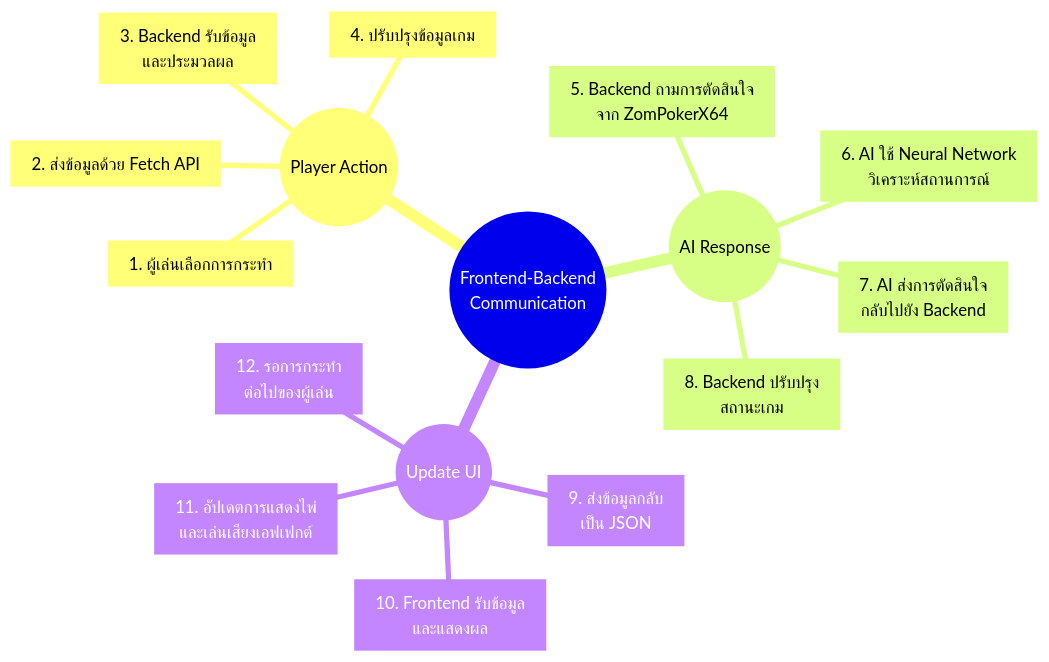
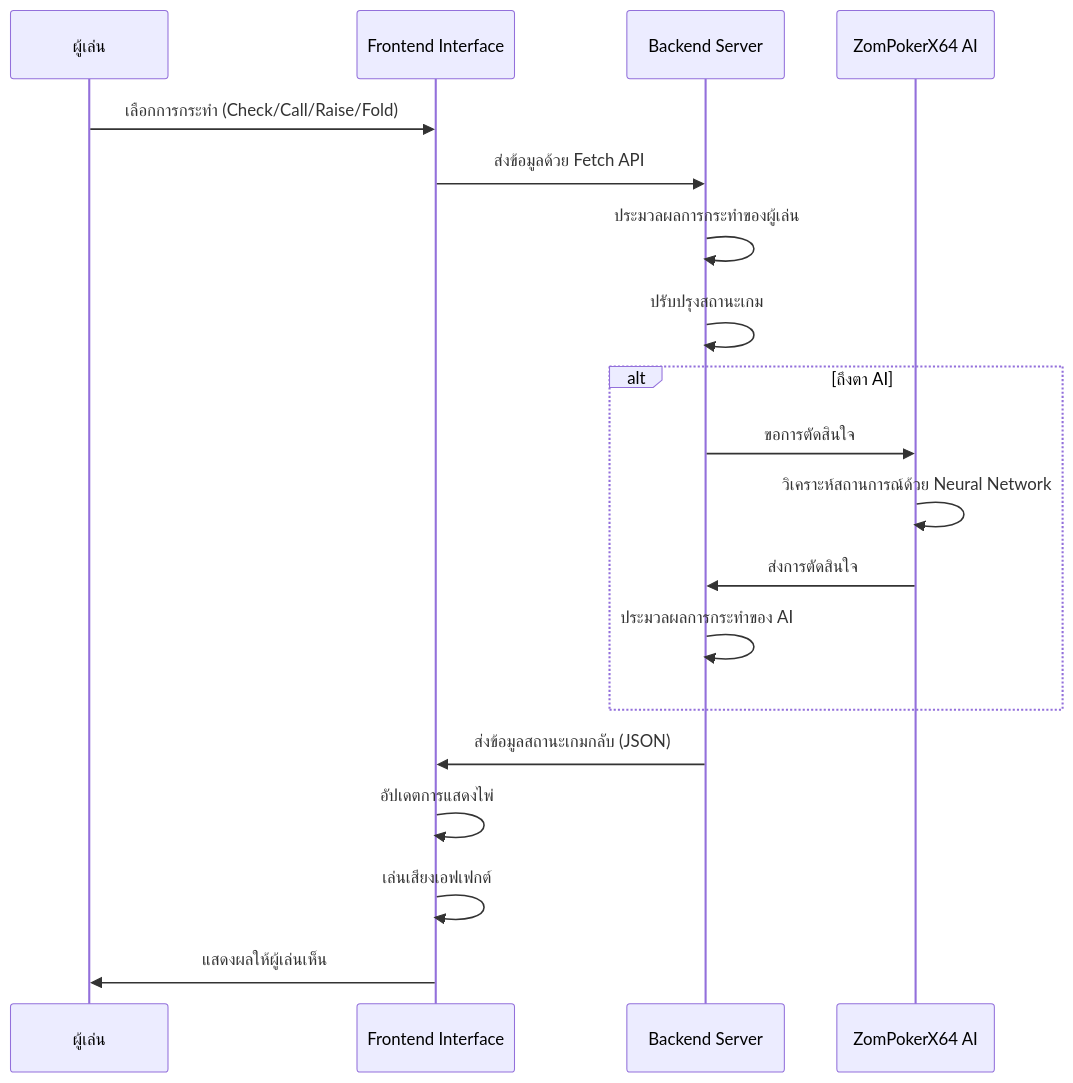
The second of 3 diagrams in README.md (JonusNattapong/PlantvsAi-zombitx64), drawn with Mermaid before and after one commit. The commit also changed other lines of this file, not shown here.

Commit message:
ปรับปรุง README.md โดยเปลี่ยนแผนภาพการทำงานของเกมโป๊กเกอร์และการสื่อสารระหว่าง Frontend-Backend เป็นรูปแบบใหม่ รวมถึงการอัปเดตสถาปัตยกรรม AI ของ ZomPokerX64 เพื่อให้ชัดเจนและเข้าใจง่ายขึ้น

````diff
--- a/README.md
+++ b/README.md
@@ -152,19 +163,24 @@
 ```mermaid
-mindmap
-  root((Frontend-Backend<br>Communication))
-    ((Player Action))
-      [1. ผู้เล่นเลือกการกระทำ]
-      [2. ส่งข้อมูลด้วย Fetch API]
-      [3. Backend รับข้อมูล<br>และประมวลผล]
-      [4. ปรับปรุงข้อมูลเกม]
-    ((AI Response))
-      [5. Backend ถามการตัดสินใจ<br>จาก ZomPokerX64]
-      [6. AI ใช้ Neural Network<br>วิเคราะห์สถานการณ์]
-      [7. AI ส่งการตัดสินใจ<br>กลับไปยัง Backend]
-      [8. Backend ปรับปรุง<br>สถานะเกม]
-    ((Update UI))
-      [9. ส่งข้อมูลกลับ<br>เป็น JSON]
-      [10. Frontend รับข้อมูล<br>และแสดงผล]
-      [11. อัปเดตการแสดงไพ่<br>และเล่นเสียงเอฟเฟกต์]
-      [12. รอการกระทำ<br>ต่อไปของผู้เล่น]
+sequenceDiagram
+    participant Player as ผู้เล่น
+    participant Frontend as Frontend Interface
+    participant Backend as Backend Server
+    participant AI as ZomPokerX64 AI
+
+    Player->>Frontend: เลือกการกระทำ (Check/Call/Raise/Fold)
+    Frontend->>Backend: ส่งข้อมูลด้วย Fetch API
+    Backend->>Backend: ประมวลผลการกระทำของผู้เล่น
+    Backend->>Backend: ปรับปรุงสถานะเกม
+    
+    alt ถึงตา AI
+        Backend->>AI: ขอการตัดสินใจ
+        AI->>AI: วิเคราะห์สถานการณ์ด้วย Neural Network
+        AI->>Backend: ส่งการตัดสินใจ
+        Backend->>Backend: ประมวลผลการกระทำของ AI
+    end
+    
+    Backend->>Frontend: ส่งข้อมูลสถานะเกมกลับ (JSON)
+    Frontend->>Frontend: อัปเดตการแสดงไพ่
+    Frontend->>Frontend: เล่นเสียงเอฟเฟกต์
+    Frontend->>Player: แสดงผลให้ผู้เล่นเห็น
 ```
````
